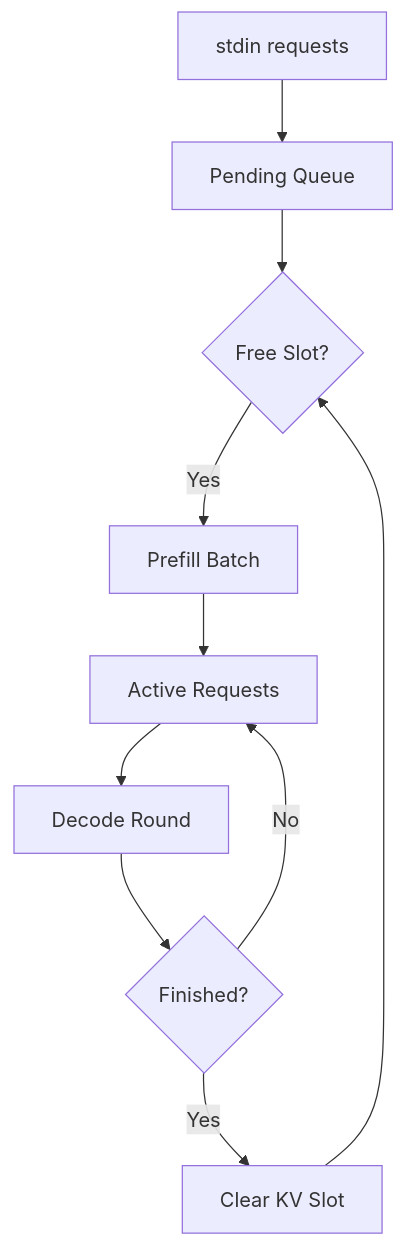
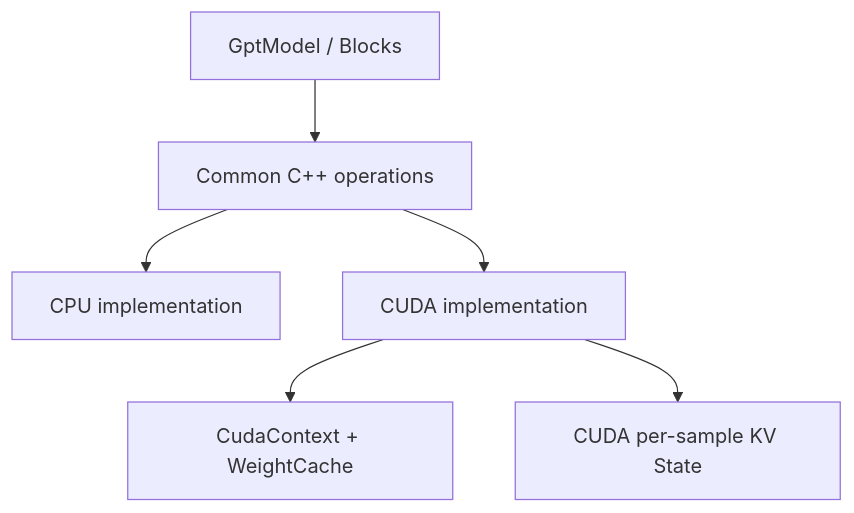
The ninth of 9 diagrams in my/docs/easy_llm_guide.zh-CN.md (eagle-dai/easy_llm.cpp), drawn with Mermaid before and after one commit. The commit also changed other lines of this file, not shown here.

First line of the commit message:
docs: rewrite easy_llm tutorial as progressive implementation guide (#4)

````diff
--- a/my/docs/easy_llm_guide.zh-CN.md
+++ b/my/docs/easy_llm_guide.zh-CN.md
@@ -3577,12 +1484,15 @@
 ```mermaid
-flowchart TD
-    A[stdin requests] --> B[Pending Queue]
-    B --> C{Free Slot?}
-    C -->|Yes| D[Prefill Batch]
-    D --> E[Active Requests]
-    E --> F[Decode Round]
-    F --> G{Finished?}
-    G -->|No| E
-    G -->|Yes| H[Clear KV Slot]
-    H --> C
+flowchart TB
+    M[GptModel / Blocks]
+    O[Common C++ operations]
+    C[CPU implementation]
+    G[CUDA implementation]
+    R[CudaContext + WeightCache]
+    K[CUDA per-sample KV State]
+
+    M --> O
+    O --> C
+    O --> G
+    G --> R
+    G --> K
 ```
````
